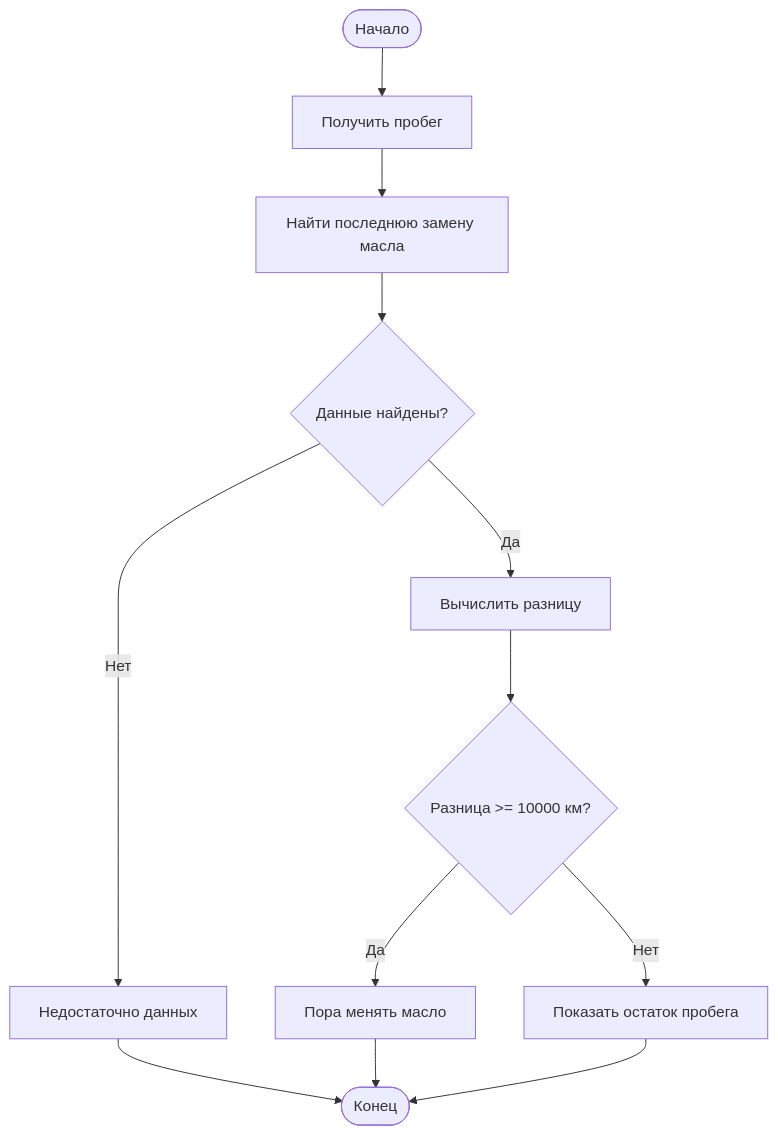
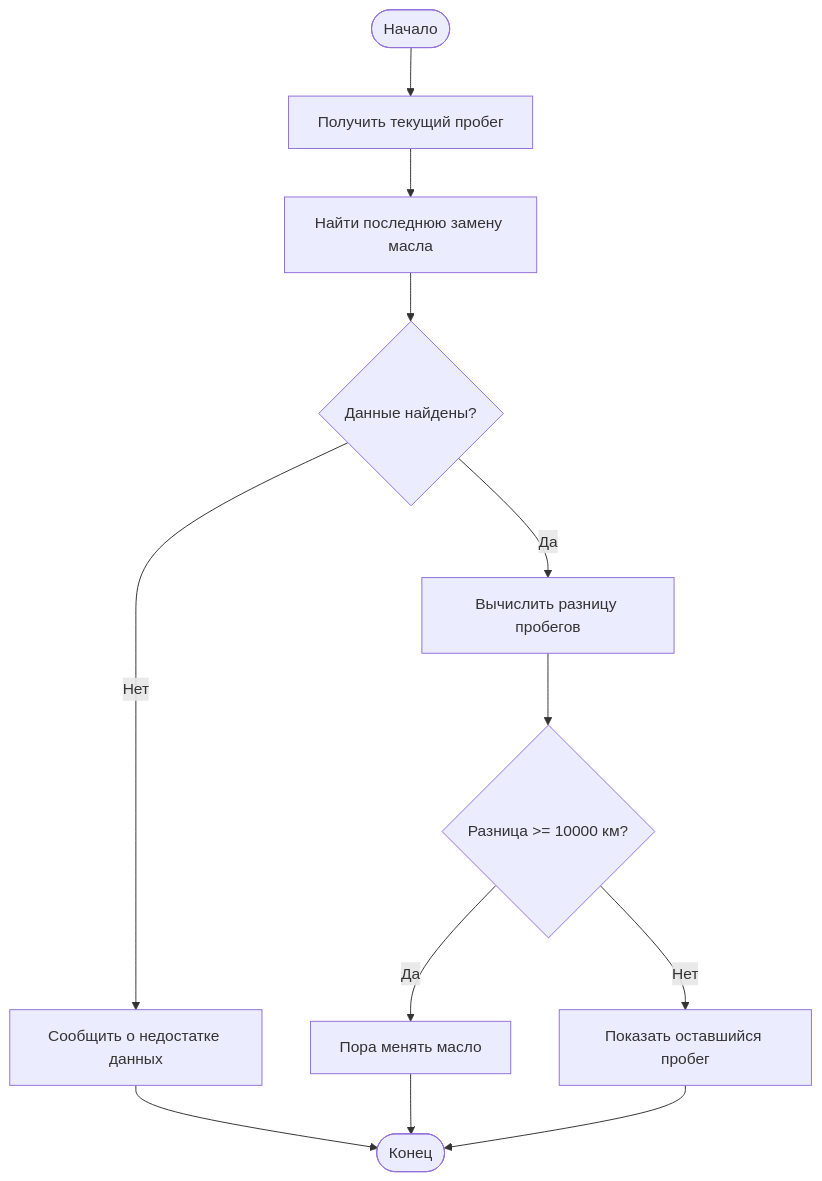
The second of 2 diagrams in docs/SERVICE_DESIGN.md (ksuhaskar-create/car-service), drawn with Mermaid before and after one commit. The commit also changed other lines of this file, not shown here.

````diff
--- a/docs/SERVICE_DESIGN.md
+++ b/docs/SERVICE_DESIGN.md
@@ -162,14 +283,14 @@
 ```mermaid
 flowchart TD
-A([Начало]) --> B[Получить пробег]
+A([Начало]) --> B[Получить текущий пробег]
 B --> C[Найти последнюю замену масла]
 C --> D{Данные найдены?}
-D -- Нет --> E[Недостаточно данных]
-D -- Да --> F[Вычислить разницу]
+D -- Нет --> E[Сообщить о недостатке данных]
+D -- Да --> F[Вычислить разницу пробегов]
 F --> G{Разница >= 10000 км?}
 G -- Да --> H[Пора менять масло]
-G -- Нет --> I[Показать остаток пробега]
-E --> Z([Конец])
-H --> Z
-I --> Z
+G -- Нет --> I[Показать оставшийся пробег]
+E --> J([Конец])
+H --> J
+I --> J
 ```
````
